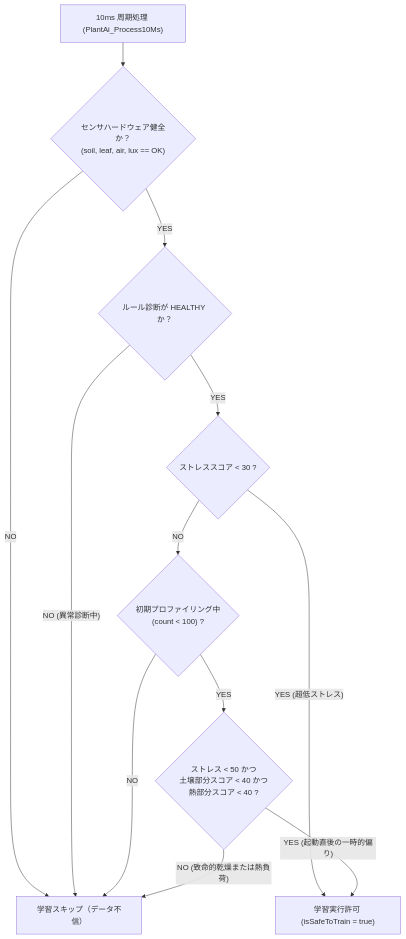
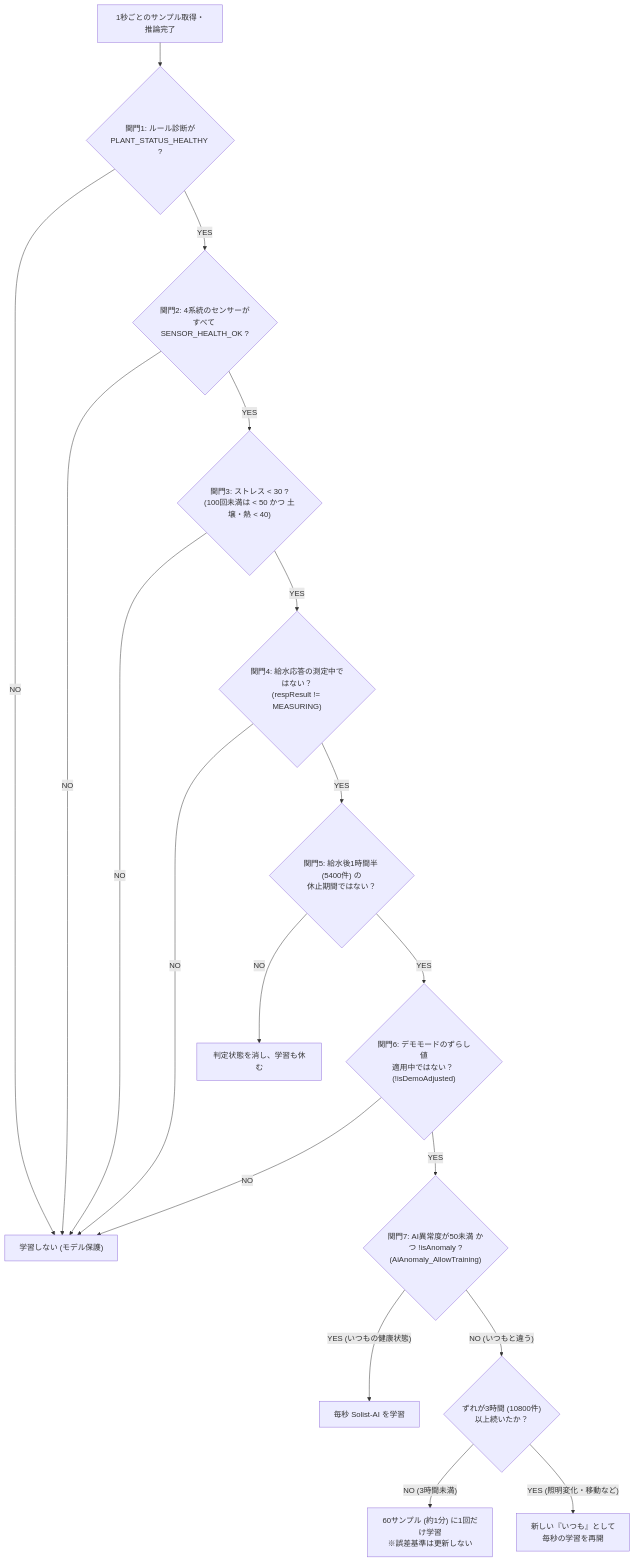
Before and after one commit to horned128/plant-doctor: the third of 3 diagrams in docs/textbook/04_on_device_learning_mechanism.md, drawn with Mermaid. The commit also changed other lines of this file and 28 other files, not shown here.

````diff
--- a/docs/textbook/04_on_device_learning_mechanism.md
+++ b/docs/textbook/04_on_device_learning_mechanism.md
@@ -148,17 +105,20 @@
 ```mermaid
 flowchart TD
-    POLL["10ms 周期処理 (PlantAi_Process10Ms)"] --> CHK1{"センサハードウェア健全か？<br/>(soil, leaf, air, lux == OK)"}
-    CHK1 -- NO --> SKIP["学習スキップ（データ不信）"]
-    CHK1 -- YES --> CHK2{"ルール診断が HEALTHY か？"}
-    CHK2 -- NO (異常診断中) --> SKIP
-    CHK2 -- YES --> CHK3{"ストレススコア < 30 ?"}
-    
-    CHK3 -- YES (超低ストレス) --> TRAIN["学習実行許可 (isSafeToTrain = true)"]
-    CHK3 -- NO --> CHK4{"初期プロファイリング中<br/>(count < 100) ?"}
-    
-    CHK4 -- NO --> SKIP
-    CHK4 -- YES --> CHK5{"ストレス < 50 かつ<br/>土壌部分スコア < 40 かつ<br/>熱部分スコア < 40 ?"}
-    
-    CHK5 -- YES (起動直後の一時的偏り) --> TRAIN
-    CHK5 -- NO (致命的乾燥または熱負荷) --> SKIP
+    SAMPLE["1秒ごとのサンプル取得・推論完了"] --> G1{"関門1: ルール診断が<br/>PLANT_STATUS_HEALTHY ?"}
+    G1 -- NO --> BLOCK["学習しない (モデル保護)"]
+    G1 -- YES --> G2{"関門2: 4系統のセンサーが<br/>すべて SENSOR_HEALTH_OK ?"}
+    G2 -- NO --> BLOCK
+    G2 -- YES --> G3{"関門3: ストレス < 30 ?<br/>(100回未満は < 50 かつ 土壌・熱 < 40)"}
+    G3 -- NO --> BLOCK
+    G3 -- YES --> G4{"関門4: 給水応答の測定中ではない？<br/>(respResult != MEASURING)"}
+    G4 -- NO --> BLOCK
+    G4 -- YES --> G5{"関門5: 給水後1時間半 (5400件) の<br/>休止期間ではない？"}
+    G5 -- NO --> HOLD["判定状態を消し、学習も休む"]
+    G5 -- YES --> G6{"関門6: デモモードのずらし値<br/>適用中ではない？ (!isDemoAdjusted)"}
+    G6 -- NO --> BLOCK
+    G6 -- YES --> G7{"関門7: AI異常度が50未満 かつ !isAnomaly ?<br/>(AiAnomaly_AllowTraining)"}
+    G7 -- "YES (いつもの健康状態)" --> TRAIN["毎秒 Solist-AI を学習"]
+    G7 -- "NO (いつもと違う)" --> THROTTLE{"ずれが3時間 (10800件)<br/>以上続いたか？"}
+    THROTTLE -- "NO (3時間未満)" --> SPARSE["60サンプル (約1分) に1回だけ学習<br/>※誤差基準は更新しない"]
+    THROTTLE -- "YES (照明変化・移動など)" --> RELEARN["新しい『いつも』として<br/>毎秒の学習を再開"]
 ```
````
